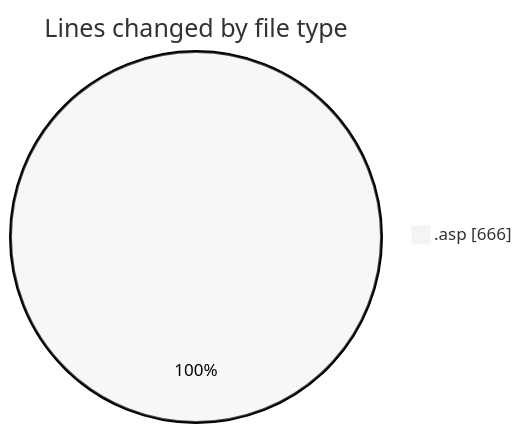
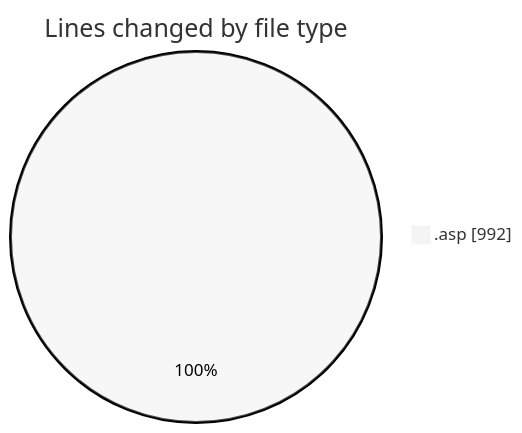
One commit to julien-gomy/code-tracking changed the first of 2 diagrams in 2025-10-22/cdp_aleoudev_fr__workspace_/README.md. Above: the diagram before and after it, drawn with Mermaid (neutral theme). The commit also changed other lines of this file and 1 other file, not shown here.

````diff
--- a/2025-10-22/cdp_aleoudev_fr__workspace_/README.md
+++ b/2025-10-22/cdp_aleoudev_fr__workspace_/README.md
@@ -20,5 +21,5 @@
 ```mermaid
 pie showData
 title Lines changed by file type
-".asp" : 666
+".asp" : 992
 ```
````
